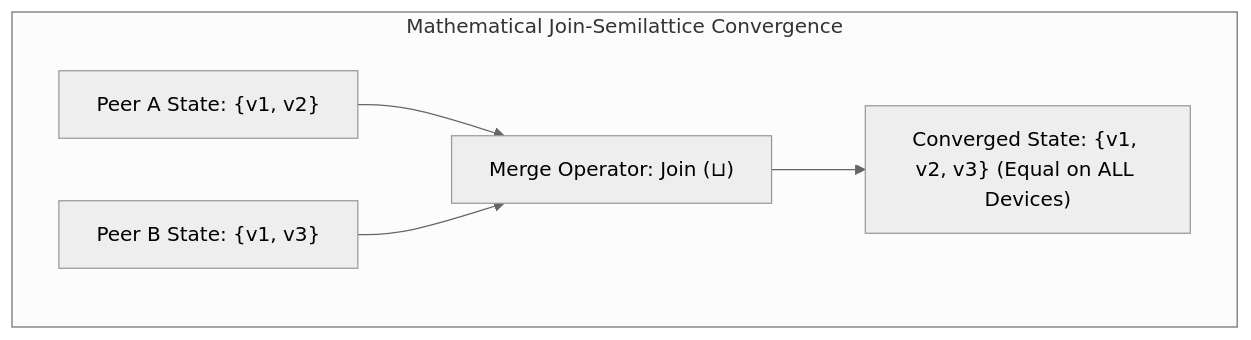
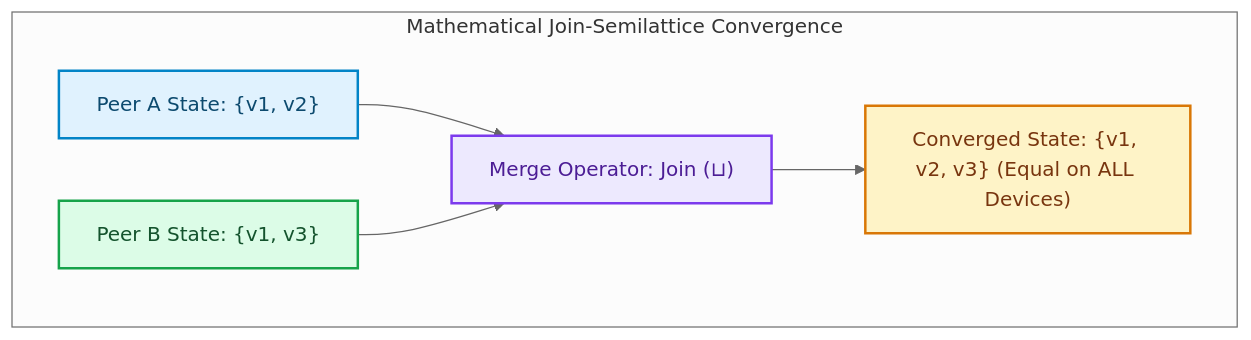
The second of 2 diagrams in blog/posts/local-first-architecture-crdts-vs-operational-transformation.md (akmalkhaniub/akmalkhaniub.github.io), drawn with Mermaid (neutral theme) before and after one commit. The commit also changed other lines of this file and 1291 other files, not shown here.

First line of the commit message:
feat(catalog): unique covers, scholarly references, and diagram palettes

````diff
--- a/blog/posts/local-first-architecture-crdts-vs-operational-transformation.md
+++ b/blog/posts/local-first-architecture-crdts-vs-operational-transformation.md
@@ -76,14 +87,24 @@
 ```mermaid
 flowchart TD
   subgraph SG4_MathematicalJoinSemilattice ["Mathematical Join-Semilattice Convergence"]
     StateA["Peer A State: {v1, v2}"]
     StateB["Peer B State: {v1, v3}"]
     
     MergeOp["Merge Operator: Join (⊔)"]
     
     StateA --> MergeOp
     StateB --> MergeOp
     
     MergeOp --> StateFinal["Converged State: {v1, v2, v3} (Equal on ALL Devices)"]
   end
+
+classDef green fill:#dcfce7,stroke:#16a34a,stroke-width:2px,color:#14532d;
+classDef red fill:#fee2e2,stroke:#dc2626,stroke-width:2px,color:#7f1d1d;
+classDef blue fill:#e0f2fe,stroke:#0284c7,stroke-width:2px,color:#0c4a6e;
+classDef yellow fill:#fef3c7,stroke:#d97706,stroke-width:2px,color:#78350f;
+classDef purple fill:#ede9fe,stroke:#7c3aed,stroke-width:2px,color:#4c1d95;
+class StateA blue
+class StateB green
+class MergeOp purple
+class StateFinal yellow
 ```
````
